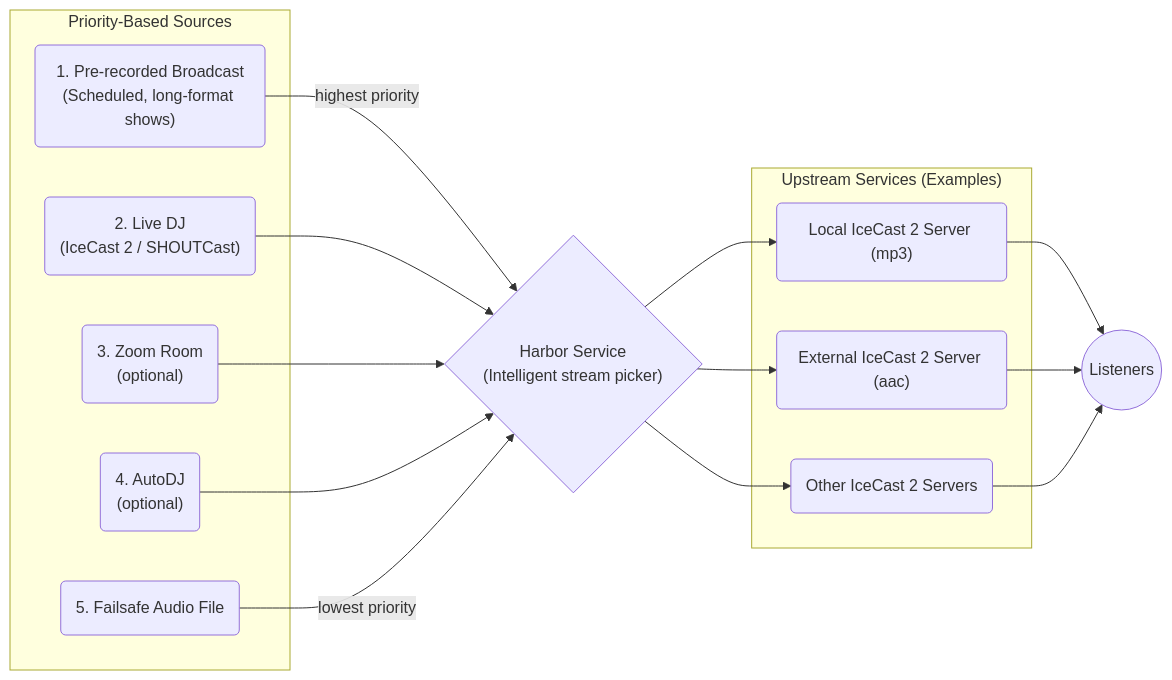
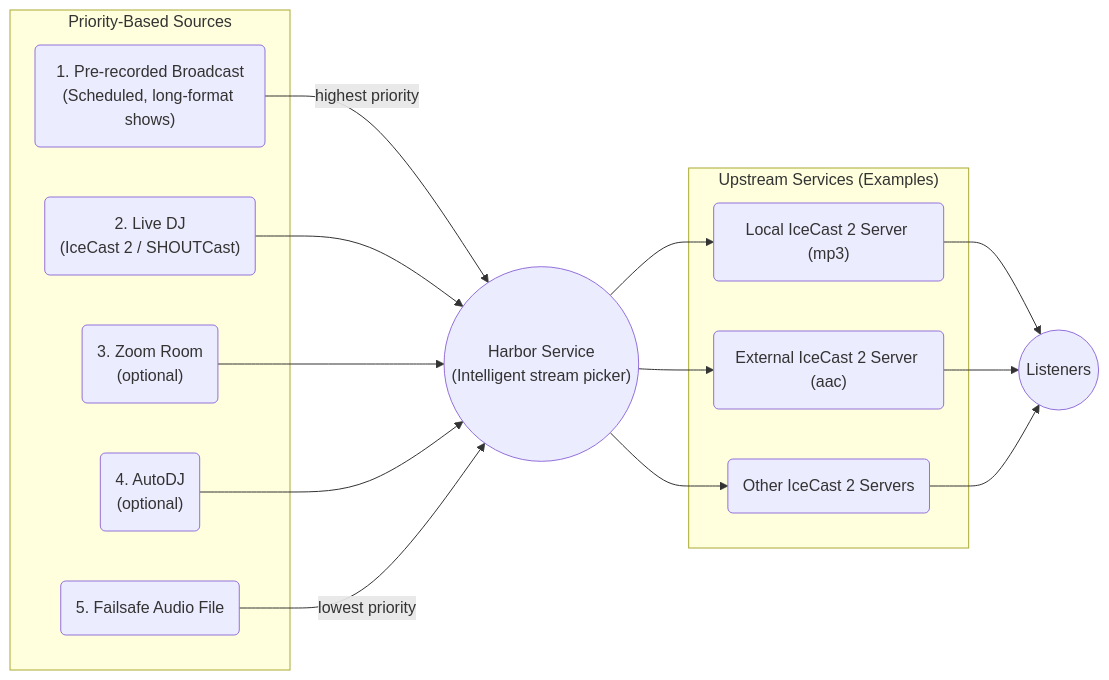
The diagram in docs/index.md (dtcooper/crazyarms), drawn with Mermaid before and after one commit. The commit also changed other lines of this file and 12 other files, not shown here.

````diff
--- a/docs/index.md
+++ b/docs/index.md
@@ -95,34 +93,34 @@
 ```mermaid
 flowchart LR
     subgraph sources ["Priority-Based Sources"]
         prerecord("1. Pre-recorded Broadcast<br>(Scheduled, long-format shows)")
         dj("2. Live DJ<br>(IceCast 2 / SHOUTCast)")
         zoom("3. Zoom Room<br>(optional)")
         autodj("4. AutoDJ<br>(optional)")
         failsafe(5. Failsafe Audio File)
     end
 
-    harbor{"Harbor Service<br>(Intelligent stream picker)"}
+    harbor(("Harbor Service<br>(Intelligent stream picker)"))
 
     prerecord -->|highest priority| harbor
     dj --> harbor
     zoom --> harbor
     autodj --> harbor
     failsafe -->|lowest priority| harbor
 
     subgraph upstreams ["Upstream Services (Examples)"]
         icecast1("Local IceCast 2 Server (mp3)")
         icecast2("External IceCast 2 Server (aac)")
         icecastOthers("Other IceCast 2 Servers")
     end
 
     harbor --> icecast1
     harbor --> icecast2
     harbor --> icecastOthers
 
     listeners(("Listeners"))
 
     icecast1 --> listeners
     icecast2 --> listeners
     icecastOthers --> listeners
 ```
````
